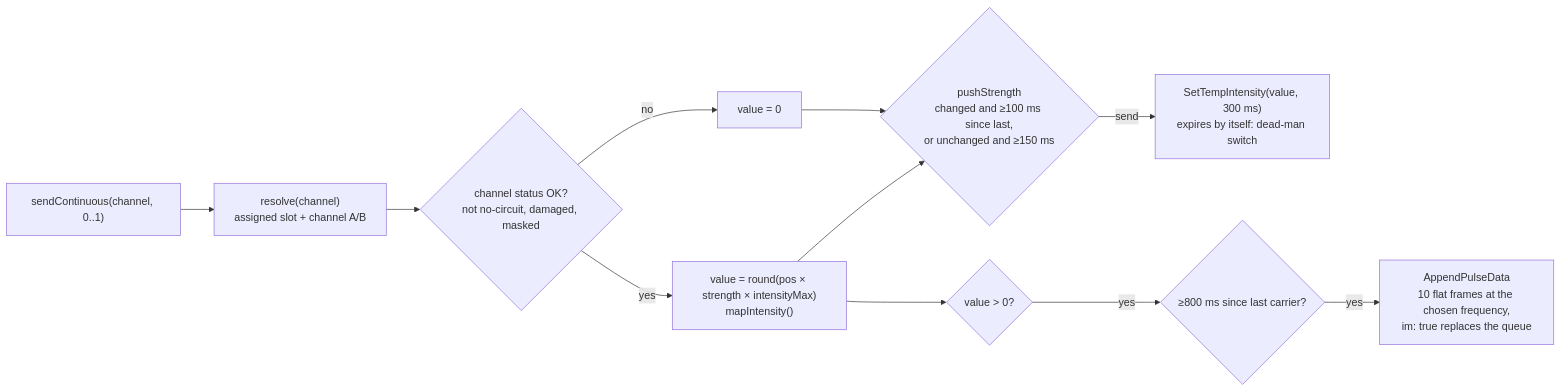
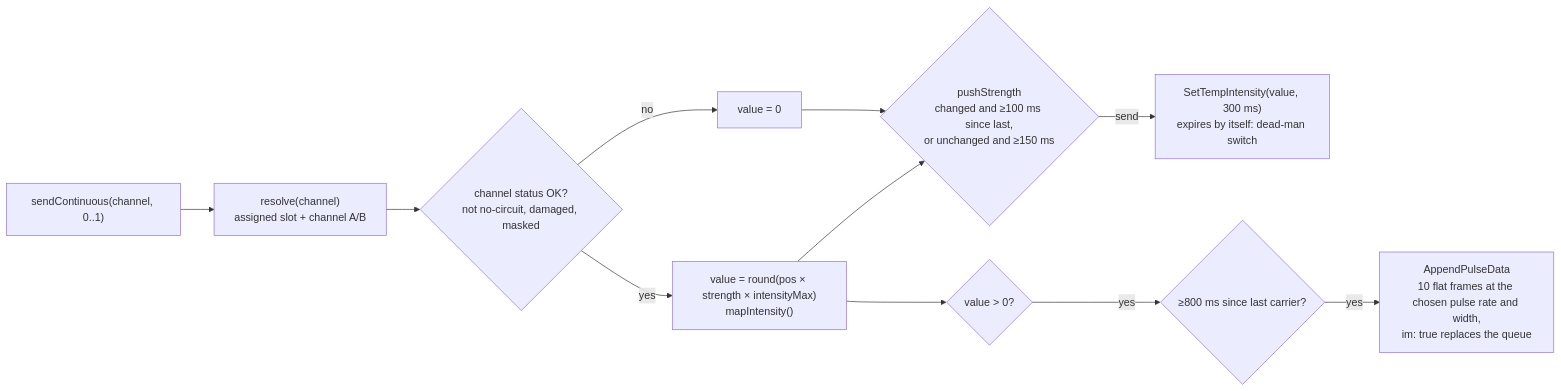
Before and after one commit to lumbar-spine-support/docker-haptic-player: the seventh of 7 diagrams in docs/developer/haptics.md, drawn with Mermaid. The commit also changed other lines of this file and 7 other files, not shown here.

Commit message:
feat: add pulse width control for Coyote devices and update related documentation fix: carrier-frequency was transmitted has Hz but should have been a period in ms instead; this caused the shown frequency to not match actual e-stim frequency.

````diff
--- a/docs/developer/haptics.md
+++ b/docs/developer/haptics.md
@@ -224,12 +225,12 @@
 ```mermaid
 flowchart LR
   SC["sendContinuous(channel, 0..1)"] --> Res["resolve(channel)<br/>assigned slot + channel A/B"]
   Res --> Usable{"channel status OK?<br/>not no-circuit, damaged, masked"}
   Usable -- no --> Zero["value = 0"]
   Usable -- yes --> Map["value = round(pos × strength × intensityMax)<br/>mapIntensity()"]
   Zero & Map --> Str{"pushStrength<br/>changed and ≥100 ms since last,<br/>or unchanged and ≥150 ms"}
   Str -- send --> ST["SetTempIntensity(value, 300 ms)<br/>expires by itself: dead-man switch"]
   Map --> Pos{"value > 0?"}
   Pos -- yes --> Car{"≥800 ms since last carrier?"}
-  Car -- yes --> AP["AppendPulseData<br/>10 flat frames at the chosen frequency,<br/>im: true replaces the queue"]
+  Car -- yes --> AP["AppendPulseData<br/>10 flat frames at the chosen pulse rate and width,<br/>im: true replaces the queue"]
 ```
````
